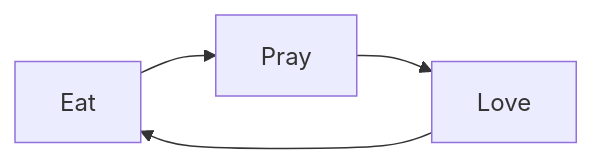
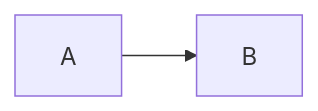
The diagram in README.md (Analyticsphere/analytics-team-wiki), drawn with Mermaid before and after one commit.

````diff
--- a/README.md
+++ b/README.md
@@ -6,6 +6,4 @@
 ```mermaid
 flowchart LR
-  Eat --> Pray
-  Pray --> Love
-  Love --> Eat
+  A --> B
 ```
````
